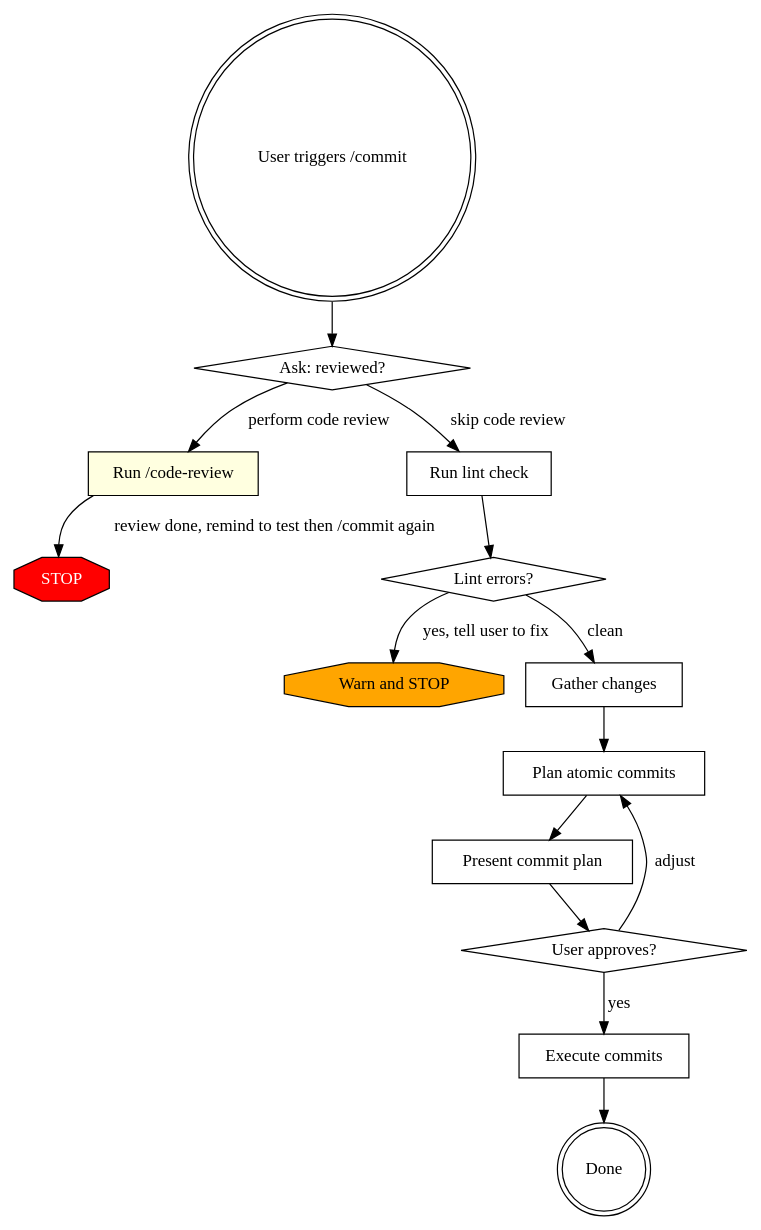
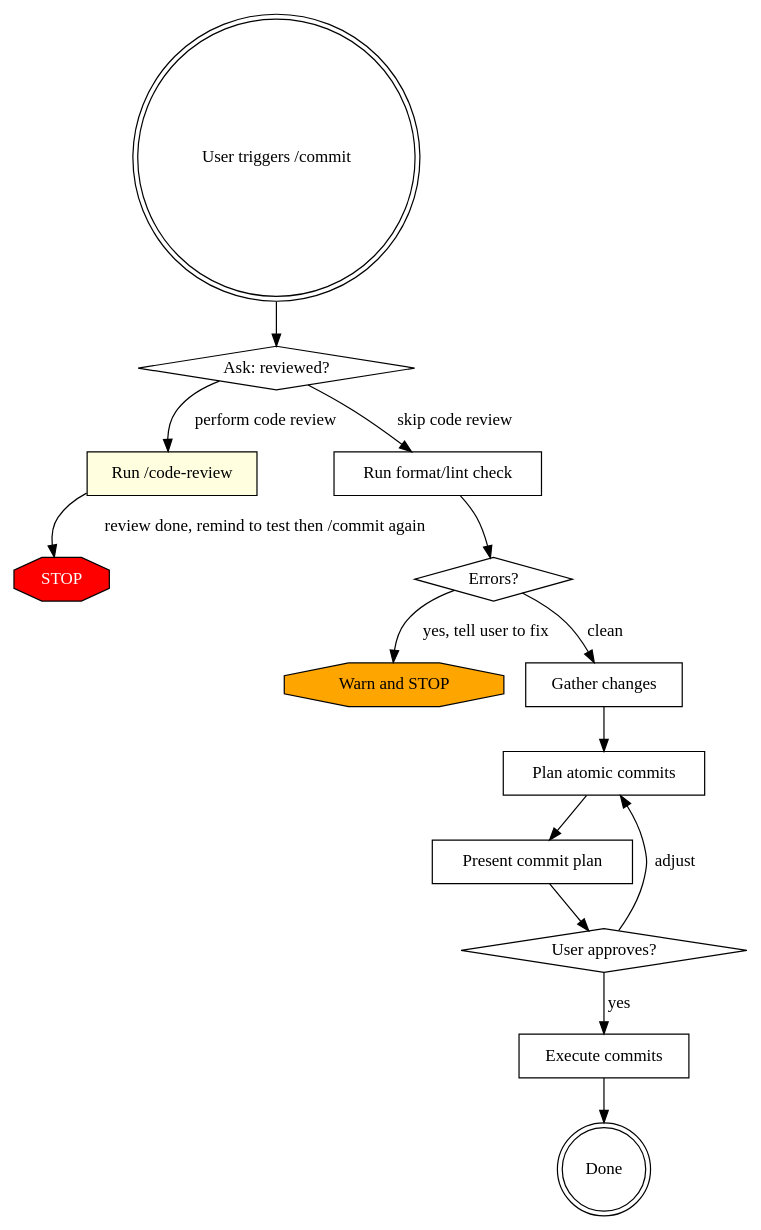
The diagram in skills/commit/SKILL.md (pandaworks-software-plt/pandahrms-skills), drawn with Graphviz before and after one commit. The commit also changed other lines of this file, not shown here.

Commit message:
fix(commit): use dotnet format for .NET projects instead of JS linters

````diff
--- a/skills/commit/SKILL.md
+++ b/skills/commit/SKILL.md
@@ -19,31 +19,31 @@
 ```dot
 digraph commit {
     "User triggers /commit" [shape=doublecircle];
     "Ask: reviewed?" [shape=diamond];
     "Run /code-review" [shape=box, style=filled, fillcolor=lightyellow];
     "STOP" [shape=octagon, style=filled, fillcolor=red, fontcolor=white];
-    "Run lint check" [shape=box];
-    "Lint errors?" [shape=diamond];
+    "Run format/lint check" [shape=box];
+    "Errors?" [shape=diamond];
     "Warn and STOP" [shape=octagon, style=filled, fillcolor=orange];
     "Gather changes" [shape=box];
     "Plan atomic commits" [shape=box];
     "Present commit plan" [shape=box];
     "User approves?" [shape=diamond];
     "Execute commits" [shape=box];
     "Done" [shape=doublecircle];
 
     "User triggers /commit" -> "Ask: reviewed?";
     "Ask: reviewed?" -> "Run /code-review" [label="perform code review"];
     "Run /code-review" -> "STOP" [label="review done, remind to test then /commit again"];
-    "Ask: reviewed?" -> "Run lint check" [label="skip code review"];
-    "Run lint check" -> "Lint errors?" ;
-    "Lint errors?" -> "Warn and STOP" [label="yes, tell user to fix"];
-    "Lint errors?" -> "Gather changes" [label="clean"];
+    "Ask: reviewed?" -> "Run format/lint check" [label="skip code review"];
+    "Run format/lint check" -> "Errors?" ;
+    "Errors?" -> "Warn and STOP" [label="yes, tell user to fix"];
+    "Errors?" -> "Gather changes" [label="clean"];
     "Gather changes" -> "Plan atomic commits";
     "Plan atomic commits" -> "Present commit plan";
     "Present commit plan" -> "User approves?";
     "User approves?" -> "Execute commits" [label="yes"];
     "User approves?" -> "Plan atomic commits" [label="adjust"];
     "Execute commits" -> "Done";
 }
 ```
````
